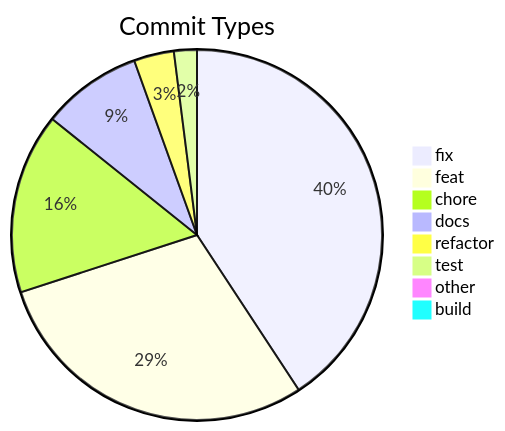
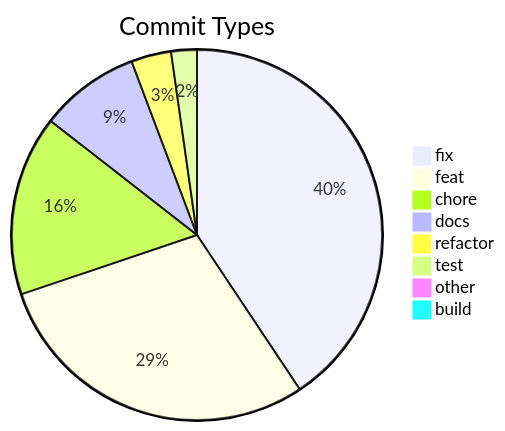
The diagram in .shipwright/compliance/change-history.md (svenroth-ai/shipwright-webui), drawn with Mermaid before and after one commit. The commit also changed other lines of this file and 13 other files, not shown here.

````diff
--- a/.shipwright/compliance/change-history.md
+++ b/.shipwright/compliance/change-history.md
@@ -8,11 +8,11 @@
 ```mermaid
 pie title Commit Types
     "fix" : 163
     "feat" : 117
     "chore" : 63
     "docs" : 35
     "refactor" : 14
-    "test" : 8
+    "test" : 9
     "other" : 4
     "build" : 1
 ```
````
